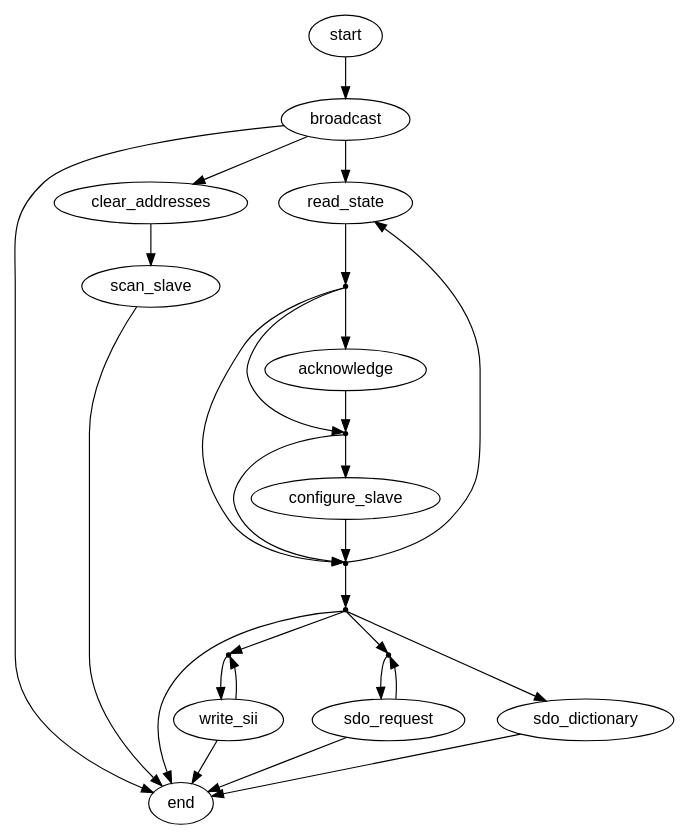
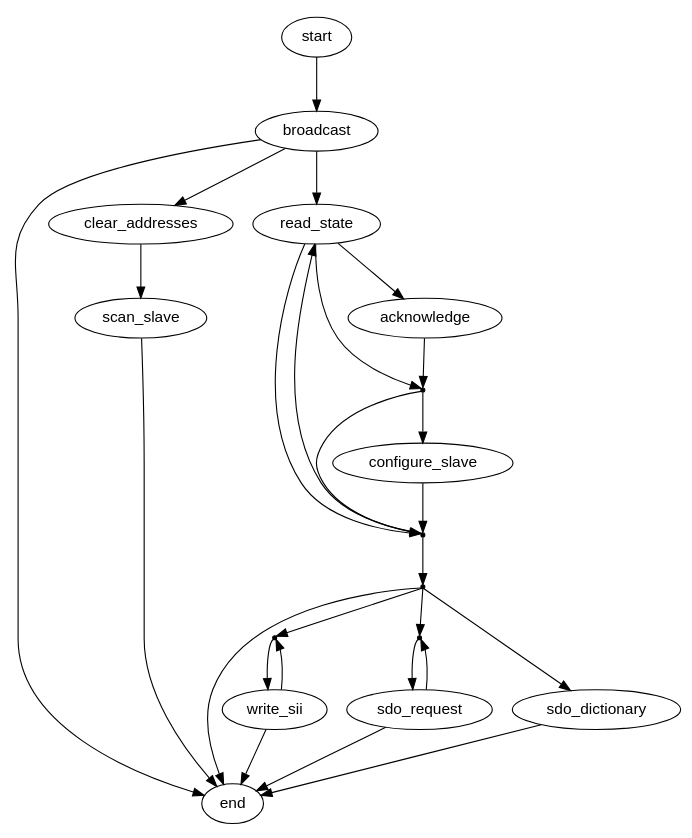
The diagram in documentation/graphs/fsm_master.dot (ribalda/ethercat), drawn with Graphviz before and after one commit. The commit also changed 5 other files, not shown here.

Commit message:
Display error flag in 'ethercat ls'; cleaned up usage of error flag; removed action_acknowledge.

```diff
--- a/documentation/graphs/fsm_master.dot
+++ b/documentation/graphs/fsm_master.dot
@@ -1,69 +1,66 @@
 
 /* $Id$ */
 
 digraph master {
     size="7,9"
     center=1
 	ratio=fill
 
     start [fontname="Helvetica"]
     start -> broadcast [weight=10]
 
     broadcast [fontname="Helvetica"]
     broadcast -> end
     broadcast -> clear_addresses
     broadcast -> read_state [weight=10]
 
     action_process_sii [shape=point,label=""]
     action_process_sii -> write_sii
 
     action_process_sdo [shape=point,label=""]
     action_process_sdo -> sdo_request
 
     action_idle [shape=point,label=""]
     action_idle -> action_process_sdo
     action_idle -> sdo_dictionary
     action_idle -> action_process_sii
     action_idle -> end
 
     action_next_slave_state [shape=point,label=""]
     action_next_slave_state -> read_state
     action_next_slave_state -> action_idle [weight=10]
     
     action_configure [shape=point,label=""]
     action_configure -> configure_slave [weight=10]
     action_configure -> action_next_slave_state
 
-    action_acknowledge [shape=point,label=""]
-    action_acknowledge -> acknowledge [weight=10]
-    action_acknowledge -> action_configure
-    action_acknowledge -> action_next_slave_state
-
     read_state [fontname="Helvetica"]
-    read_state -> action_acknowledge [weight=10]
+    read_state -> acknowledge
+    read_state -> action_configure [weight=10]
+    read_state -> action_next_slave_state
 
     acknowledge [fontname="Helvetica"]
     acknowledge -> action_configure [weight=10]
 
     clear_addresses [fontname="Helvetica"]
     clear_addresses -> scan_slave [weight=10]
 
     scan_slave [fontname="Helvetica"]
     scan_slave -> end
 
     configure_slave [fontname="Helvetica"]
     configure_slave -> action_next_slave_state [weight=10]
 
     write_sii [fontname="Helvetica"]
     write_sii -> action_process_sii
     write_sii -> end
 
     sdo_dictionary [fontname="Helvetica"]
     sdo_dictionary -> end
 
     sdo_request [fontname="Helvetica"]
     sdo_request -> action_process_sdo
     sdo_request -> end
 
     end [fontname="Helvetica"]
 }
```
